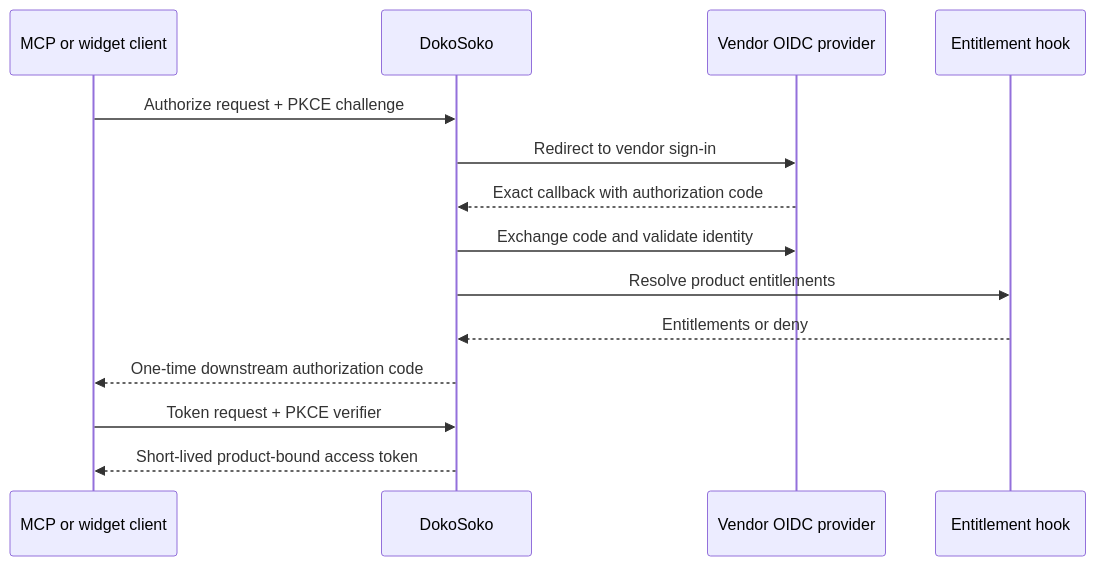
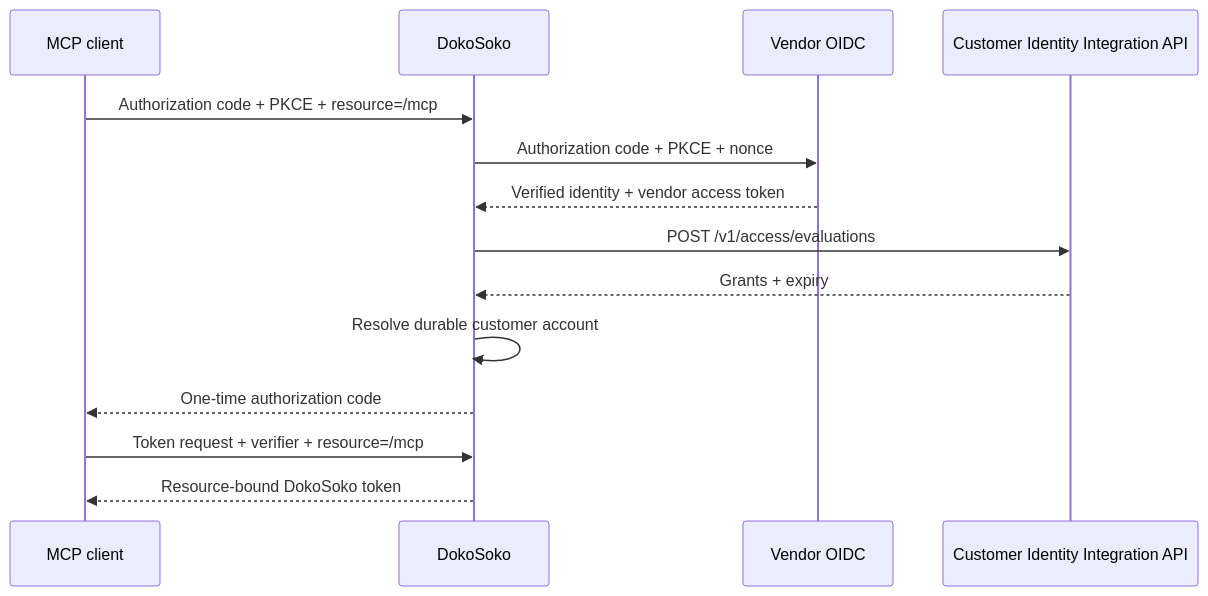
One commit to Dokosoko-AI/dokosoko-docs changed the diagram in src/content/docs/guides/identity.md. Above: the diagram before and after it, drawn with Mermaid. The commit also changed other lines of this file and 39 other files, not shown here.

````diff
--- a/src/content/docs/guides/identity.md
+++ b/src/content/docs/guides/identity.md
@@ -28,16 +36,16 @@
 ```mermaid
 sequenceDiagram
-    participant C as MCP or widget client
+    participant C as MCP client
     participant D as DokoSoko
-    participant I as Vendor OIDC provider
-    participant E as Entitlement hook
-    C->>D: Authorize request + PKCE challenge
-    D->>I: Redirect to vendor sign-in
-    I-->>D: Exact callback with authorization code
-    D->>I: Exchange code and validate identity
-    D->>E: Resolve product entitlements
-    E-->>D: Entitlements or deny
-    D-->>C: One-time downstream authorization code
-    C->>D: Token request + PKCE verifier
-    D-->>C: Short-lived product-bound access token
+    participant I as Vendor OIDC
+    participant V as Customer Identity Integration API
+    C->>D: Authorization code + PKCE + resource=/mcp
+    D->>I: Authorization code + PKCE + nonce
+    I-->>D: Verified identity + vendor access token
+    D->>V: POST /v1/access/evaluations
+    V-->>D: Grants + expiry
+    D->>D: Resolve durable customer account
+    D-->>C: One-time authorization code
+    C->>D: Token request + verifier + resource=/mcp
+    D-->>C: Resource-bound DokoSoko token
 ```
````
